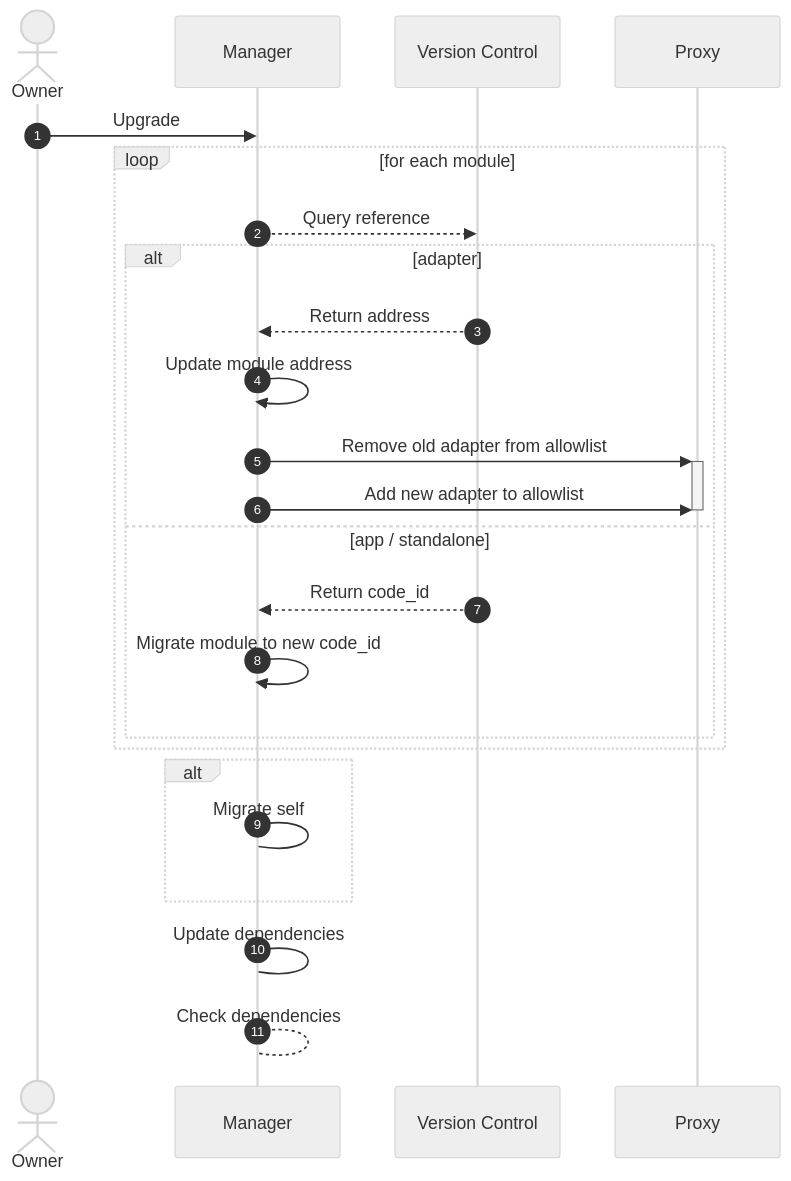
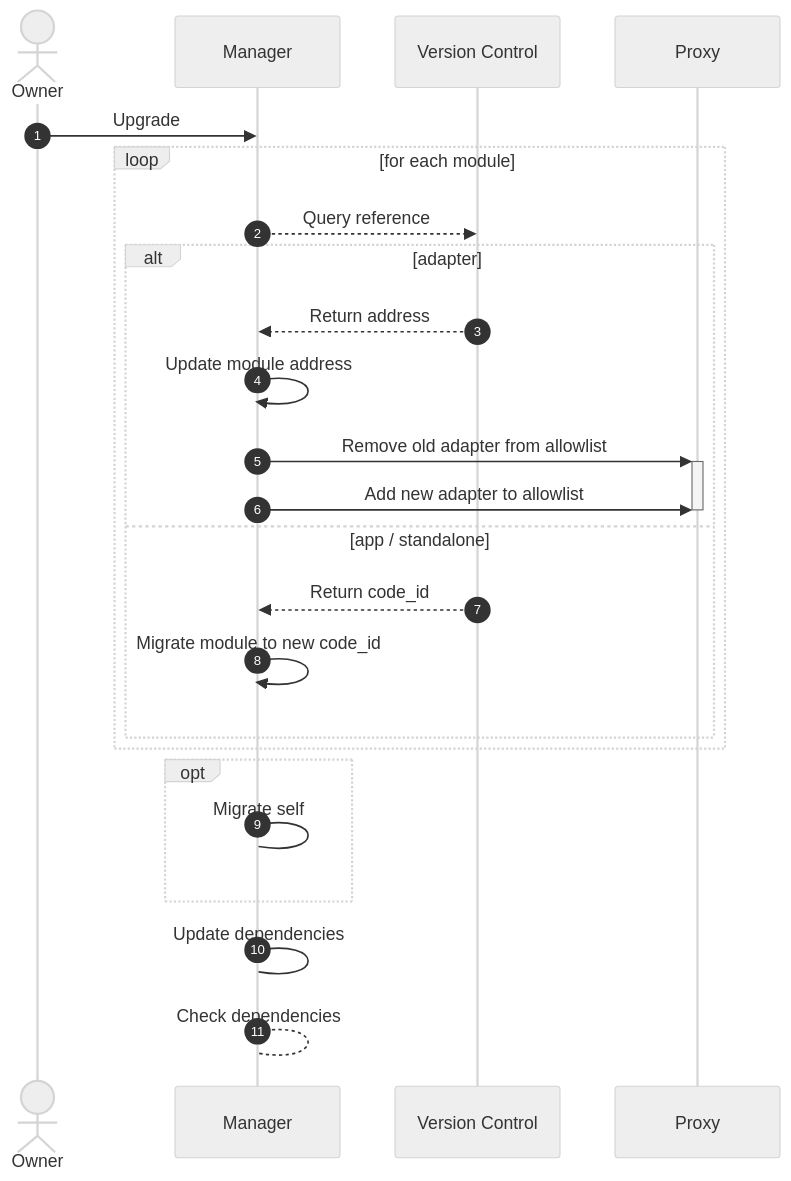
Before and after one commit to AbstractSDK/abstract: the second of 2 diagrams in framework/docs/src/3_framework/7_upgradability.md, drawn with Mermaid (neutral theme). The commit also changed 5 other files, not shown here.

Commit message:
update call diagrams

````diff
--- a/framework/docs/src/3_framework/7_upgradability.md
+++ b/framework/docs/src/3_framework/7_upgradability.md
@@ -49,28 +49,28 @@
 ```mermaid
 sequenceDiagram
     autonumber
     actor U as Owner
     participant M as Manager
     participant VC as Version Control
     participant P as Proxy
     U ->> M: Upgrade
     loop for each module
         M -->> VC: Query reference
         alt adapter
             VC -->> M: Return address
             M ->> M: Update module address
             M ->>+ P: Remove old adapter from allowlist
             M ->> P: Add new adapter to allowlist
             deactivate P
         else app / standalone
             VC -->> M: Return code_id
             M ->> M: Migrate module to new code_id
         end
     end
 
-    alt
+    opt
         M -> M: Migrate self
     end
     M -> M: Update dependencies
     M --> M: Check dependencies  
 ```
````
